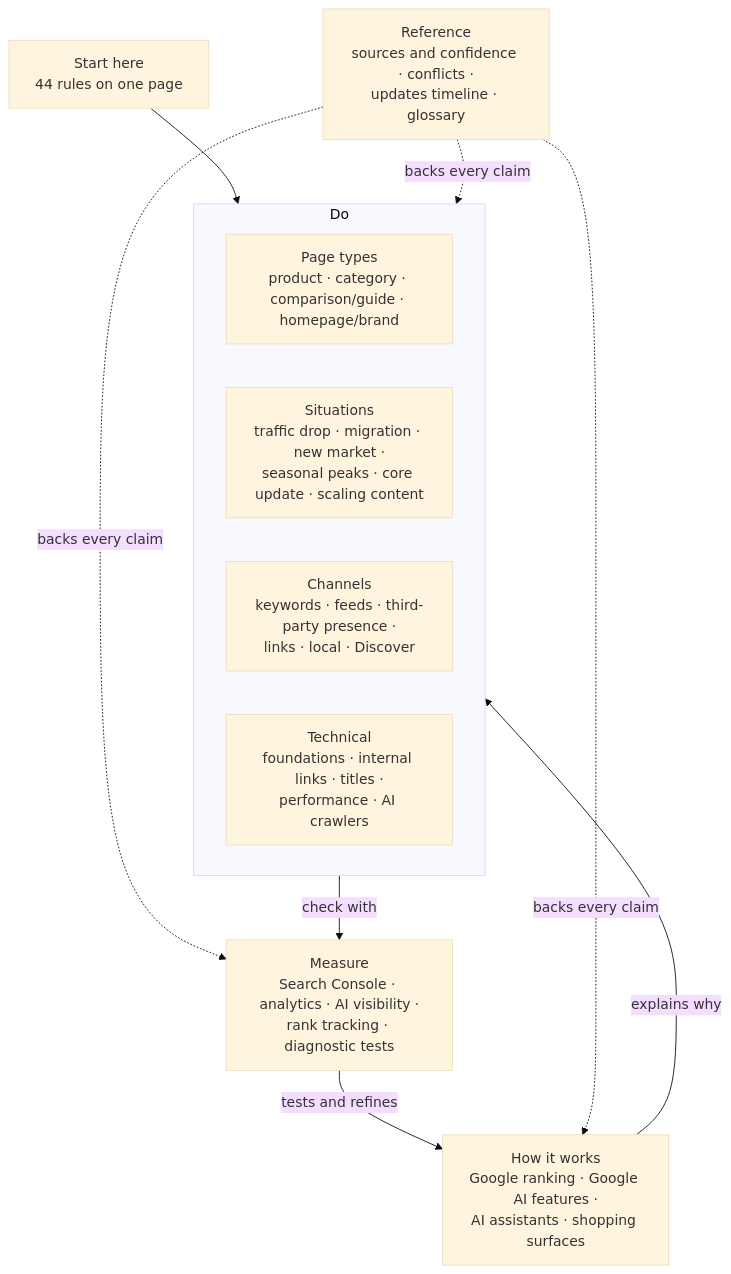
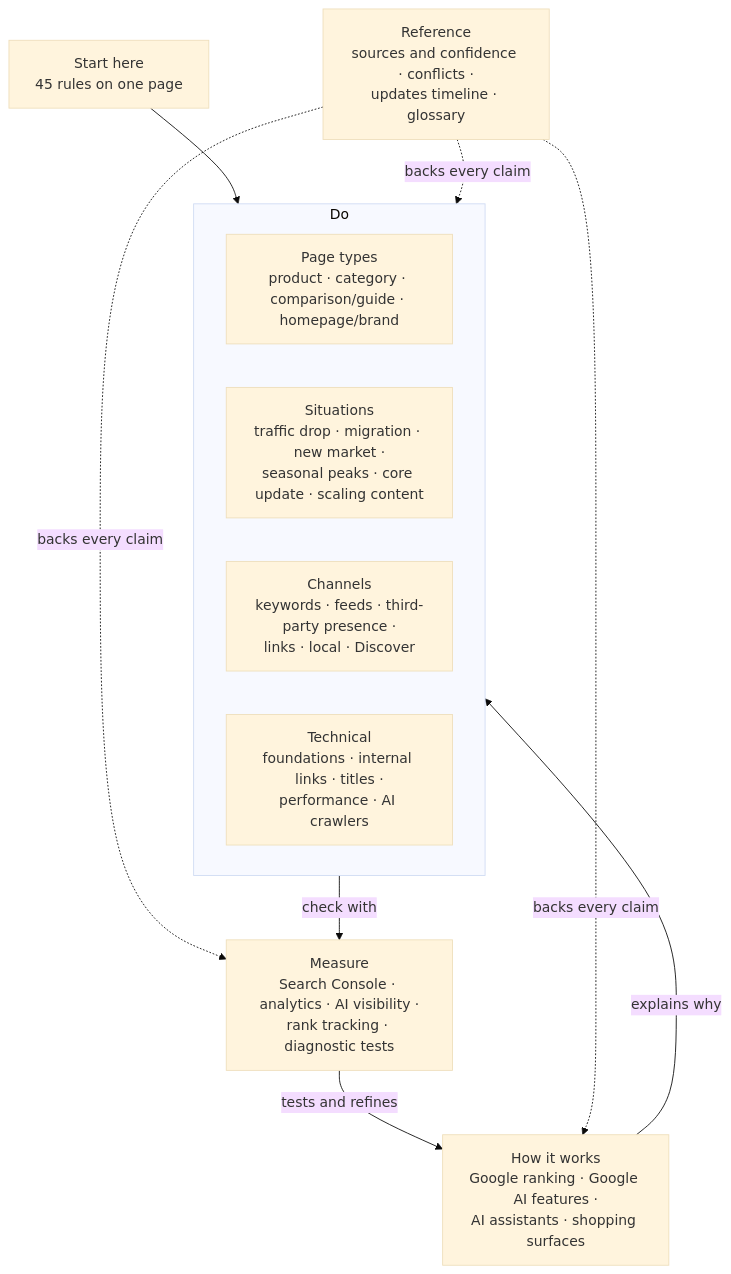
Before and after one commit to GetBelki/SEO-GEO-Playbook: the diagram in README.md, drawn with Mermaid (base theme). The commit also changed other lines of this file and 16 other files, not shown here.

````diff
--- a/README.md
+++ b/README.md
@@ -15,23 +15,23 @@
 ```mermaid
 flowchart TD
-    START["Start here<br/>44 rules on one page"]
+    START["Start here<br/>45 rules on one page"]
 
     subgraph DO["Do"]
         PT["Page types<br/>product · category · comparison/guide · homepage/brand"]
         SI["Situations<br/>traffic drop · migration · new market ·<br/>seasonal peaks · core update · scaling content"]
         CH["Channels<br/>keywords · feeds · third-party presence ·<br/>links · local · Discover"]
         TE["Technical<br/>foundations · internal links · titles ·<br/>performance · AI crawlers"]
     end
 
     HW["How it works<br/>Google ranking · Google AI features ·<br/>AI assistants · shopping surfaces"]
     ME["Measure<br/>Search Console · analytics · AI visibility ·<br/>rank tracking · diagnostic tests"]
     RF["Reference<br/>sources and confidence · conflicts ·<br/>updates timeline · glossary"]
 
     START --> DO
     HW -- "explains why" --> DO
     DO -- "check with" --> ME
     ME -- "tests and refines" --> HW
     RF -. "backs every claim" .-> HW
     RF -. "backs every claim" .-> DO
     RF -. "backs every claim" .-> ME
 ```
````
